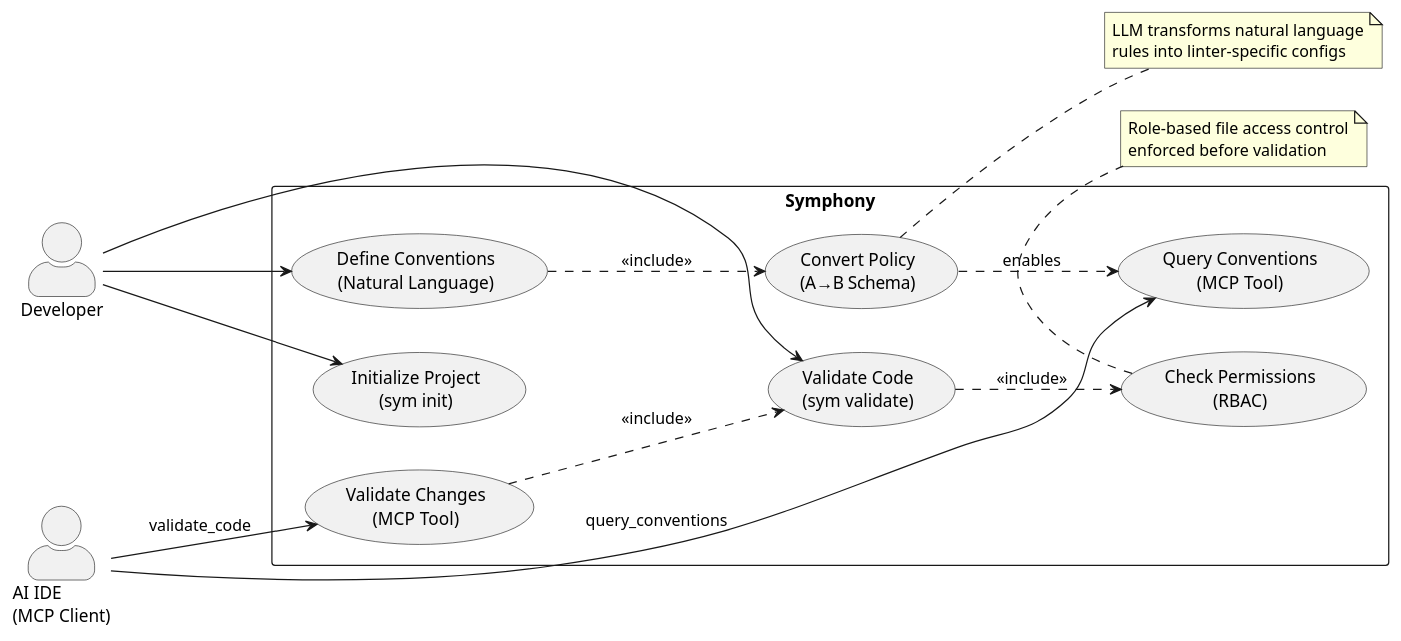
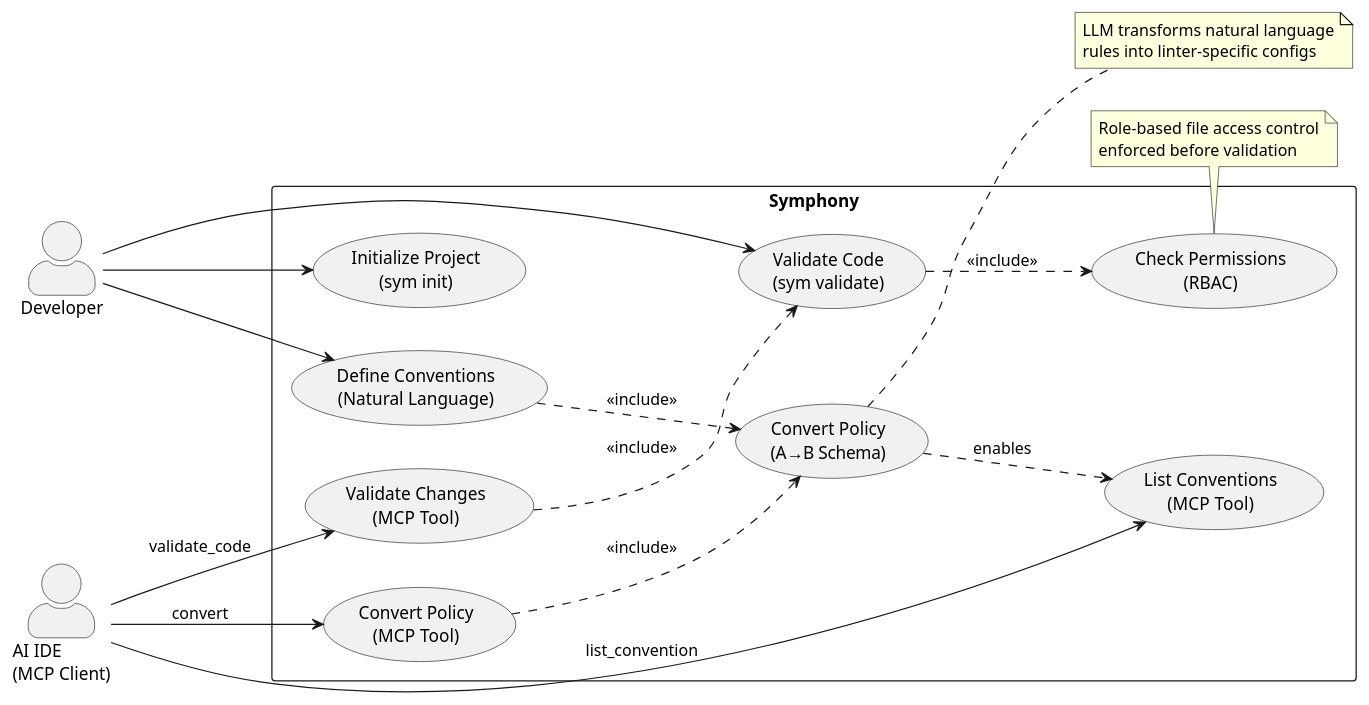
One commit to DevSymphony/sym-cli changed the diagram in docs/diagrams/usecase.puml. Above: the diagram before and after it, drawn with PlantUML. The commit also changed 19 other files, not shown here.

First line of the commit message:
feat: add convention and category CRUD operations via MCP and CLI (#54)

```diff
--- a/docs/diagrams/usecase.puml
+++ b/docs/diagrams/usecase.puml
@@ -1,57 +1,60 @@
 @startuml Symphony Use Case Diagram
 ' Symphony CLI - LLM-Friendly Convention Linter
 ' Core Use Cases
 
 skinparam actorStyle awesome
 skinparam packageStyle rectangle
 
 left to right direction
 
 actor "Developer" as dev
 actor "AI IDE\n(MCP Client)" as ai
 
 rectangle Symphony {
     ' Project Setup
     usecase "Initialize Project\n(sym init)" as UC_INIT
 
     ' Policy Management
     usecase "Define Conventions\n(Natural Language)" as UC_DEFINE
     usecase "Convert Policy\n(A→B Schema)" as UC_CONVERT
 
     ' Validation
     usecase "Validate Code\n(sym validate)" as UC_VALIDATE
 
     ' MCP Integration
-    usecase "Query Conventions\n(MCP Tool)" as UC_QUERY
+    usecase "List Conventions\n(MCP Tool)" as UC_QUERY
     usecase "Validate Changes\n(MCP Tool)" as UC_MCP_VALIDATE
+    usecase "Convert Policy\n(MCP Tool)" as UC_MCP_CONVERT
 
     ' RBAC
     usecase "Check Permissions\n(RBAC)" as UC_RBAC
 }
 
 ' Developer interactions
 dev --> UC_INIT
 dev --> UC_DEFINE
 dev --> UC_VALIDATE
 
 ' AI IDE interactions (MCP protocol)
-ai --> UC_QUERY : "query_conventions"
+ai --> UC_QUERY : "list_convention"
 ai --> UC_MCP_VALIDATE : "validate_code"
+ai --> UC_MCP_CONVERT : "convert"
 
 ' Internal relationships
 UC_DEFINE ..> UC_CONVERT : <<include>>
 UC_VALIDATE ..> UC_RBAC : <<include>>
 UC_MCP_VALIDATE ..> UC_VALIDATE : <<include>>
 UC_CONVERT ..> UC_QUERY : "enables"
+UC_MCP_CONVERT ..> UC_CONVERT : <<include>>
 
 note right of UC_CONVERT
   LLM transforms natural language
   rules into linter-specific configs
 end note
 
 note bottom of UC_RBAC
   Role-based file access control
   enforced before validation
 end note
 
 @enduml
```
